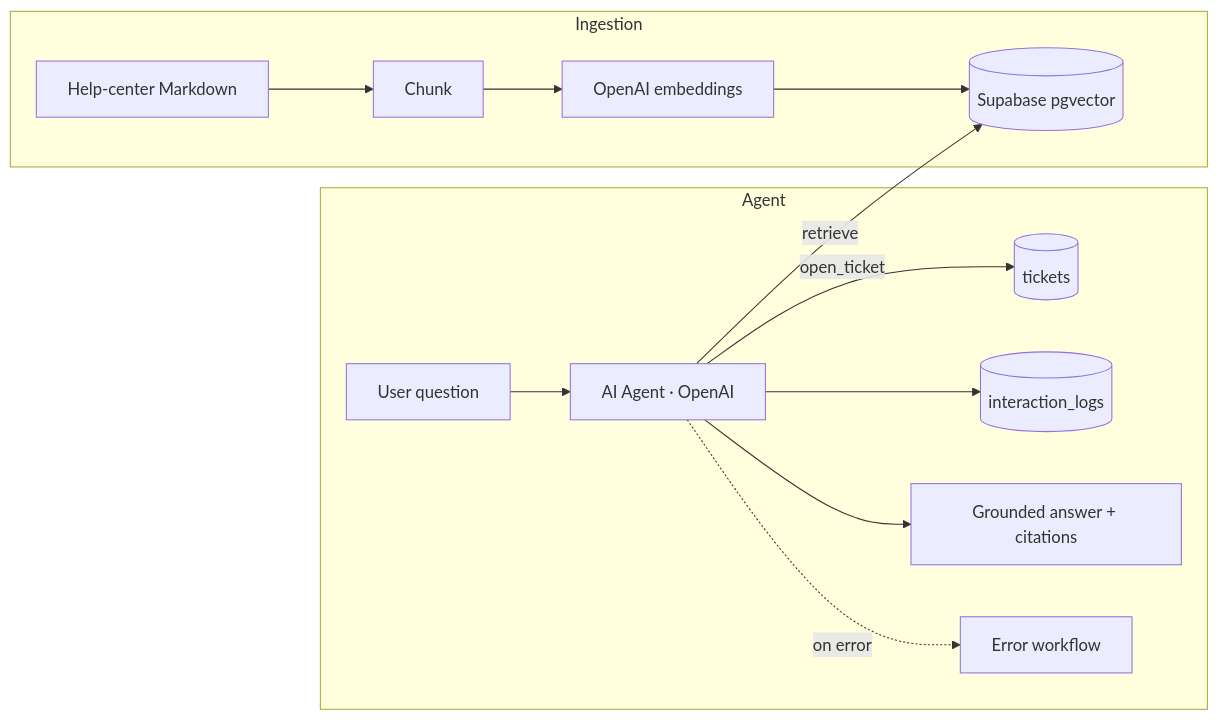
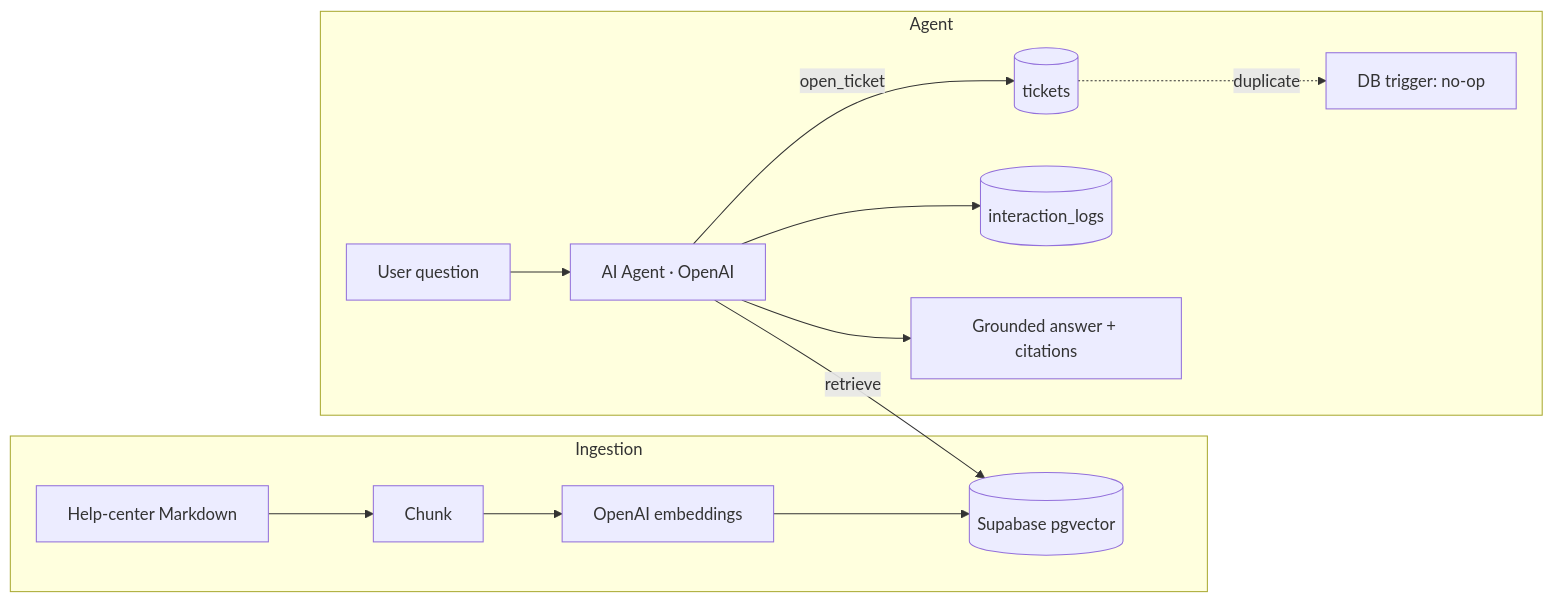
One commit to augusto-hjs/meridian-support-copilot changed the diagram in README.md. Above: the diagram before and after it, drawn with Mermaid. The commit also changed other lines of this file, not shown here.

````diff
--- a/README.md
+++ b/README.md
@@ -29,14 +29,14 @@
 ```mermaid
 flowchart LR
   subgraph Ingestion
     K[Help-center Markdown] --> S[Chunk] --> E1[OpenAI embeddings] --> V[(Supabase pgvector)]
   end
   subgraph Agent
     U[User question] --> AG[AI Agent · OpenAI]
     AG -- retrieve --> V
     AG -- open_ticket --> T[(tickets)]
     AG --> L[(interaction_logs)]
     AG --> R[Grounded answer + citations]
-    AG -. on error .-> ERR[Error workflow]
+    T -. duplicate .-> DEDUP[DB trigger: no-op]
   end
 ```
````
